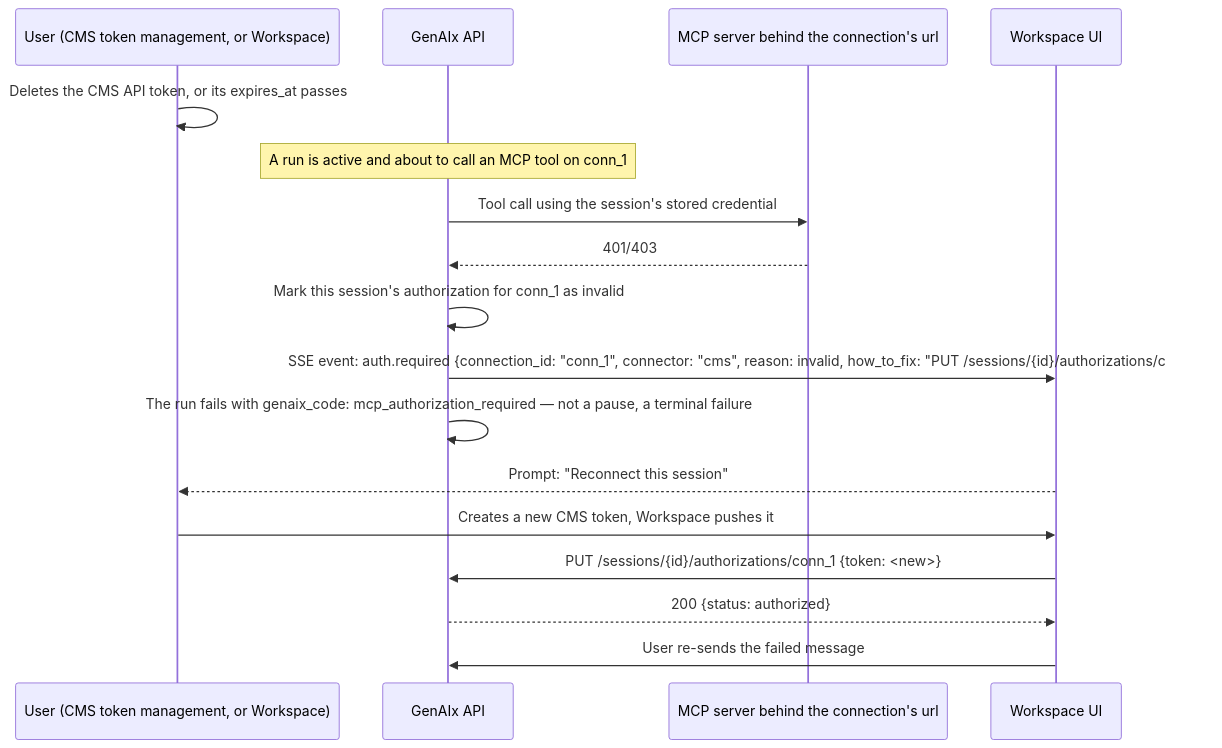
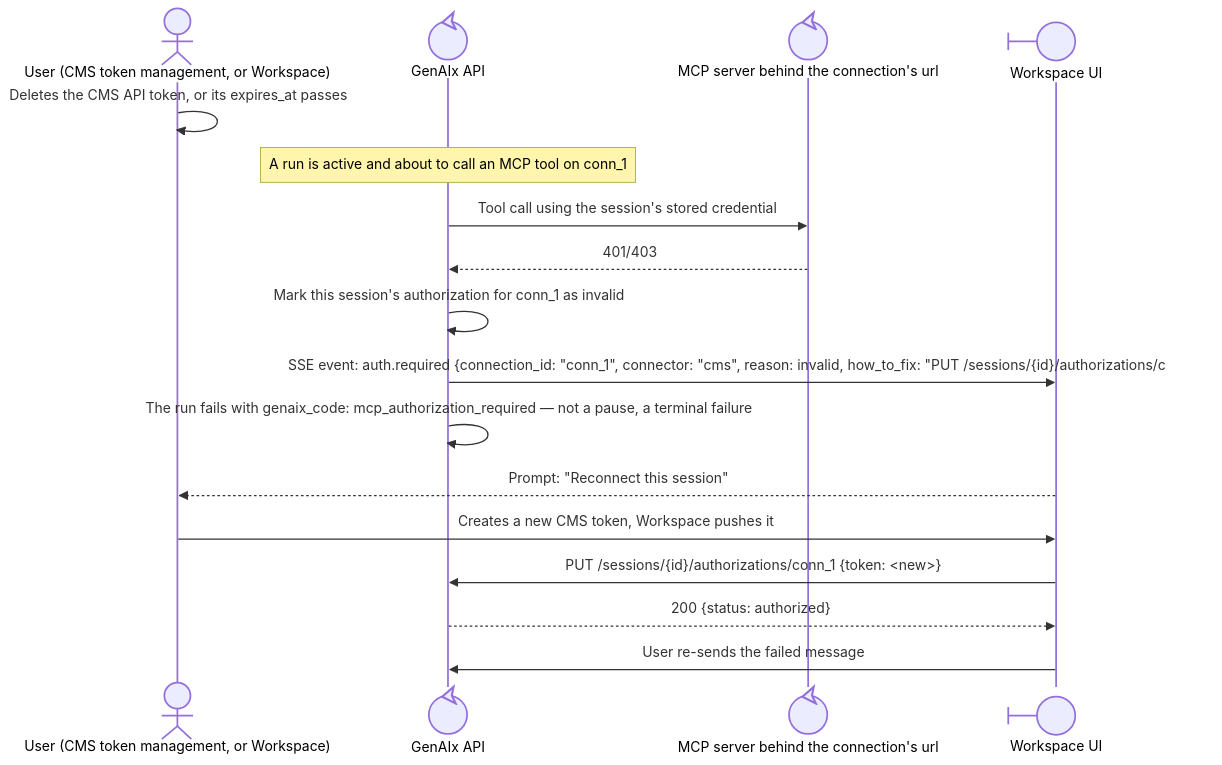
The fourth of 5 diagrams in workspace-ui/.claude/contracts/genaix-docs/02-auth-and-context-flow.md (gentics/cms-oss), drawn with Mermaid before and after one commit. The commit also changed other lines of this file and 32 other files, not shown here.

````diff
--- a/workspace-ui/.claude/contracts/genaix-docs/02-auth-and-context-flow.md
+++ b/workspace-ui/.claude/contracts/genaix-docs/02-auth-and-context-flow.md
@@ -285,20 +285,20 @@
 ```mermaid
 sequenceDiagram
-    participant U as User (CMS token management, or Workspace)
-    participant G as GenAIx API
-    participant C as MCP server behind the connection's url
-    participant W as Workspace UI
+    actor U as User (CMS token management, or Workspace)
+    participant G@{ "type": "control" } as GenAIx API
+    participant C@{ "type": "control" } as MCP server behind the connection's url
+    participant W@{ "type": "boundary" } as Workspace UI
 
     U->>U: Deletes the CMS API token, or its expires_at passes
     Note over G: A run is active and about to call an MCP tool on conn_1
     G->>C: Tool call using the session's stored credential
     C-->>G: 401/403
     G->>G: Mark this session's authorization for conn_1 as invalid
     G->>W: SSE event: auth.required {connection_id: "conn_1", connector: "cms", reason: invalid, how_to_fix: "PUT /sessions/{id}/authorizations/conn_1"}
     G->>G: The run fails with genaix_code: mcp_authorization_required — not a pause, a terminal failure
     W-->>U: Prompt: "Reconnect this session"
     U->>W: Creates a new CMS token, Workspace pushes it
     W->>G: PUT /sessions/{id}/authorizations/conn_1 {token: <new>}
     G-->>W: 200 {status: authorized}
     W->>G: User re-sends the failed message
 ```
````
